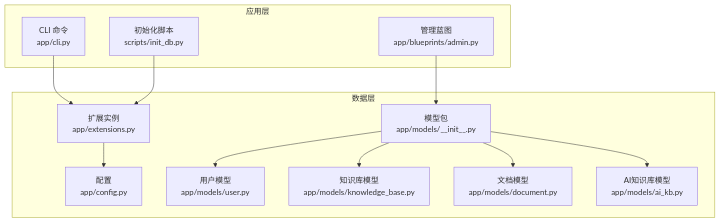
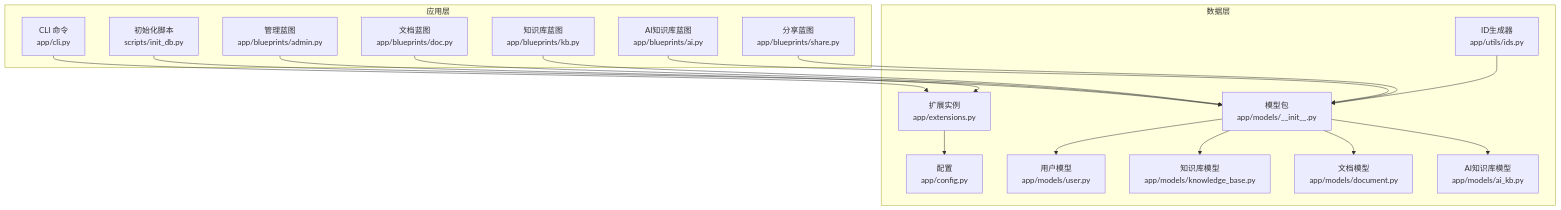
Before and after one commit to beyondalbert/my_wiki: the first of 7 diagrams in .qoder/repowiki/zh/content/数据模型设计/数据模型设计.md, drawn with Mermaid. The commit also changed other lines of this file and 21 other files, not shown here.

````diff
--- a/.qoder/repowiki/zh/content/数据模型设计/数据模型设计.md
+++ b/.qoder/repowiki/zh/content/数据模型设计/数据模型设计.md
@@ -38,25 +52,35 @@
 ```mermaid
 graph TB
 subgraph "应用层"
 CLI["CLI 命令<br/>app/cli.py"]
 INIT["初始化脚本<br/>scripts/init_db.py"]
 ADMIN["管理蓝图<br/>app/blueprints/admin.py"]
+DOC_BP["文档蓝图<br/>app/blueprints/doc.py"]
+KB_BP["知识库蓝图<br/>app/blueprints/kb.py"]
+AI_BP["AI知识库蓝图<br/>app/blueprints/ai.py"]
+SHARE_BP["分享蓝图<br/>app/blueprints/share.py"]
 end
 subgraph "数据层"
 EXT["扩展实例<br/>app/extensions.py"]
 CFG["配置<br/>app/config.py"]
 MODELS["模型包<br/>app/models/__init__.py"]
 MODELS_USER["用户模型<br/>app/models/user.py"]
 MODELS_KB["知识库模型<br/>app/models/knowledge_base.py"]
 MODELS_DOC["文档模型<br/>app/models/document.py"]
 MODELS_AIKB["AI知识库模型<br/>app/models/ai_kb.py"]
+IDS["ID生成器<br/>app/utils/ids.py"]
 end
 CLI --> EXT
 INIT --> EXT
 ADMIN --> MODELS
+DOC_BP --> MODELS
+KB_BP --> MODELS
+AI_BP --> MODELS
+SHARE_BP --> MODELS
 MODELS --> MODELS_USER
 MODELS --> MODELS_KB
 MODELS --> MODELS_DOC
 MODELS --> MODELS_AIKB
 EXT --> CFG
+IDS --> MODELS
 ```
````
